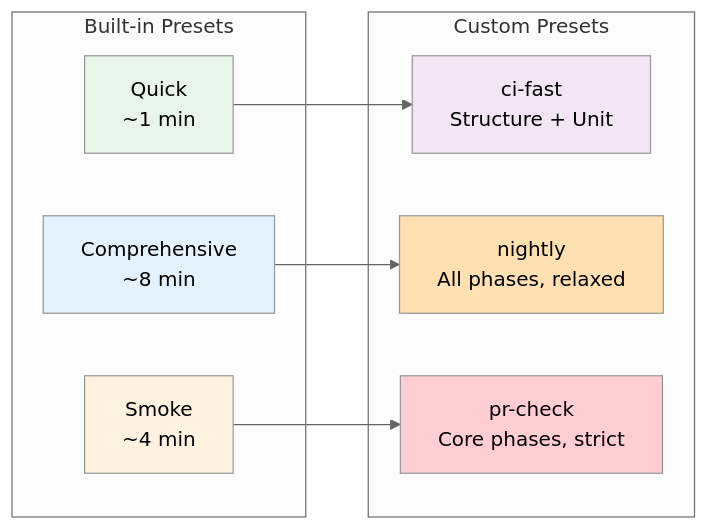
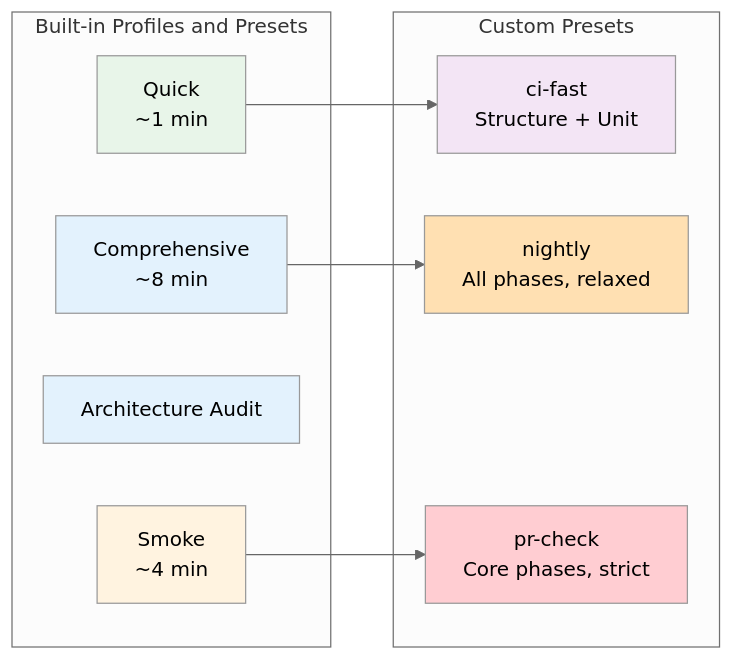
Before and after one commit to Vrooli/Vrooli: the diagram in scenarios/test-genie/docs/guides/custom-presets.md, drawn with Mermaid (neutral theme). The commit also changed other lines of this file and 122 other files, not shown here.

````diff
--- a/scenarios/test-genie/docs/guides/custom-presets.md
+++ b/scenarios/test-genie/docs/guides/custom-presets.md
@@ -14,25 +14,27 @@
 ```mermaid
 graph LR
-    subgraph "Built-in Presets"
+    subgraph "Built-in Profiles and Presets"
         Q[Quick<br/>~1 min]
         S[Smoke<br/>~4 min]
+        A[Architecture Audit]
         C[Comprehensive<br/>~8 min]
     end
 
     subgraph "Custom Presets"
         CI[ci-fast<br/>Structure + Unit]
         N[nightly<br/>All phases, relaxed]
         PR[pr-check<br/>Core phases, strict]
     end
 
     Q --> CI
     S --> PR
     C --> N
 
     style Q fill:#e8f5e9
     style S fill:#fff3e0
+    style A fill:#e3f2fd
     style C fill:#e3f2fd
     style CI fill:#f3e5f5
     style N fill:#ffe0b2
     style PR fill:#ffcdd2
 ```
````
